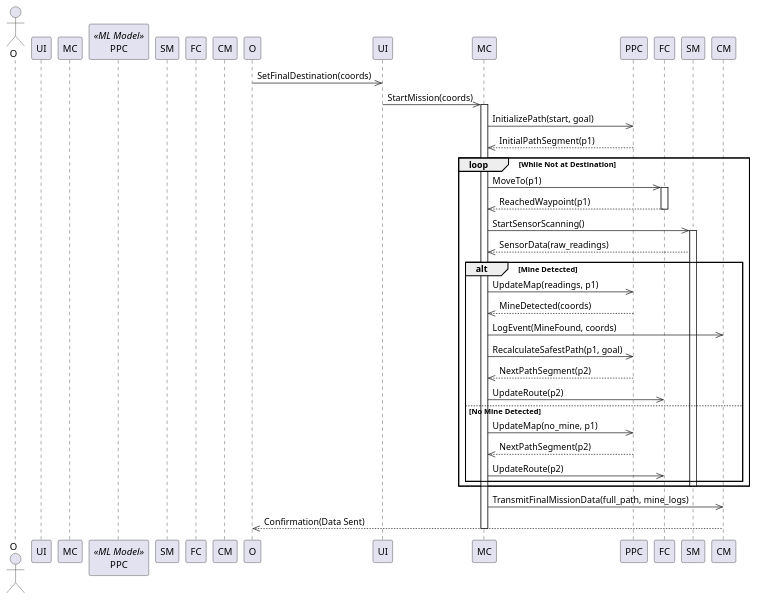
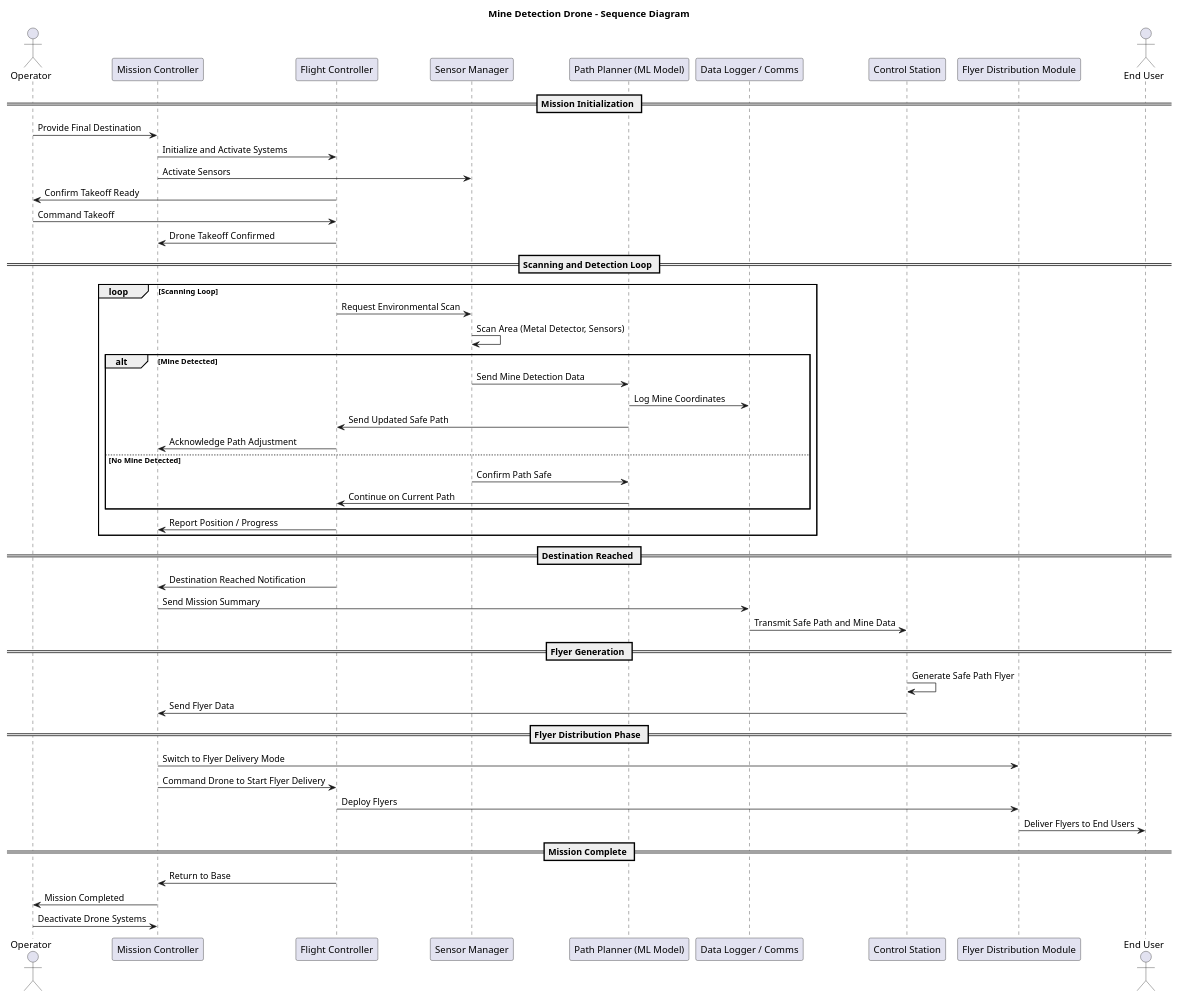
One commit to svenons/MineFinder changed the diagram in Diagrams/Sequence.puml. Above: the diagram before and after it, drawn with PlantUML. The commit also changed 2 other files, not shown here.

Commit message:
diagram fix

```diff
--- a/Diagrams/Sequence.puml
+++ b/Diagrams/Sequence.puml
@@ -1,49 +1,60 @@
-@startuml sequencediagram MineDetectionDrone_Sequence_Final
+@startuml MineDetectionDrone_Sequence_V1
+title Mine Detection Drone - Sequence Diagram
 
-actor O as Operator
-participant UI as OperatorInterface
-participant MC as MissionController
-participant PPC as PathPlannerCore <<ML Model>>
-participant SM as SensorManager
-participant FC as FlightController
-participant CM as CommsModule
+actor Operator
+participant "Mission Controller" as MC
+participant "Flight Controller" as FC
+participant "Sensor Manager" as SM
+participant "Path Planner (ML Model)" as PP
+participant "Data Logger / Comms" as DL
+participant "Control Station" as CS
+participant "Flyer Distribution Module" as FM
+actor "End User" as EU
 
-O->>UI: SetFinalDestination(coords)
-UI->>MC: StartMission(coords)
+== Mission Initialization ==
+Operator -> MC : Provide Final Destination
+MC -> FC : Initialize and Activate Systems
+MC -> SM : Activate Sensors
+FC -> Operator : Confirm Takeoff Ready
+Operator -> FC : Command Takeoff
+FC -> MC : Drone Takeoff Confirmed
 
-activate MC
-MC->>PPC: InitializePath(start, goal)
-PPC-->>MC: InitialPathSegment(p1)
-
-loop While Not at Destination
-    MC->>FC: MoveTo(p1)
-    activate FC
-    FC-->>MC: ReachedWaypoint(p1)
-    deactivate FC
-
-    MC->>SM: StartSensorScanning()
-    activate SM
-    SM-->>MC: SensorData(raw_readings)
-
-    alt Mine Detected
-        MC->>PPC: UpdateMap(readings, p1)
-        PPC-->>MC: MineDetected(coords)
-        MC->>CM: LogEvent(MineFound, coords)
-
-        MC->>PPC: RecalculateSafestPath(p1, goal)
-        PPC-->>MC: NextPathSegment(p2)
-        MC->>FC: UpdateRoute(p2)
-    else No Mine Detected
-        MC->>PPC: UpdateMap(no_mine, p1)
-        PPC-->>MC: NextPathSegment(p2)
-        MC->>FC: UpdateRoute(p2)
-    end
-    
-    deactivate SM
+== Scanning and Detection Loop ==
+loop Scanning Loop
+  FC -> SM : Request Environmental Scan
+  SM -> SM : Scan Area (Metal Detector, Sensors)
+  
+  alt Mine Detected
+    SM -> PP : Send Mine Detection Data
+    PP -> DL : Log Mine Coordinates
+    PP -> FC : Send Updated Safe Path
+    FC -> MC : Acknowledge Path Adjustment
+  else No Mine Detected
+    SM -> PP : Confirm Path Safe
+    PP -> FC : Continue on Current Path
+  end
+  
+  FC -> MC : Report Position / Progress
 end
 
-MC->>CM: TransmitFinalMissionData(full_path, mine_logs)
-CM-->>O: Confirmation(Data Sent)
-deactivate MC
+== Destination Reached ==
+FC -> MC : Destination Reached Notification
+MC -> DL : Send Mission Summary
+DL -> CS : Transmit Safe Path and Mine Data
+
+== Flyer Generation ==
+CS -> CS : Generate Safe Path Flyer
+CS -> MC : Send Flyer Data
+
+== Flyer Distribution Phase ==
+MC -> FM : Switch to Flyer Delivery Mode
+MC -> FC : Command Drone to Start Flyer Delivery
+FC -> FM : Deploy Flyers
+FM -> EU : Deliver Flyers to End Users
+
+== Mission Complete ==
+FC -> MC : Return to Base
+MC -> Operator : Mission Completed
+Operator -> MC : Deactivate Drone Systems
 
 @enduml
```
